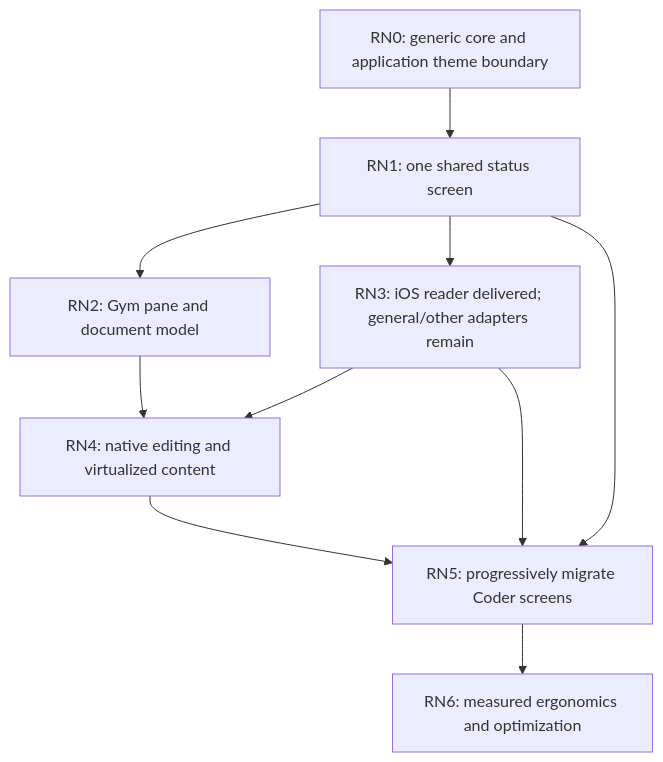
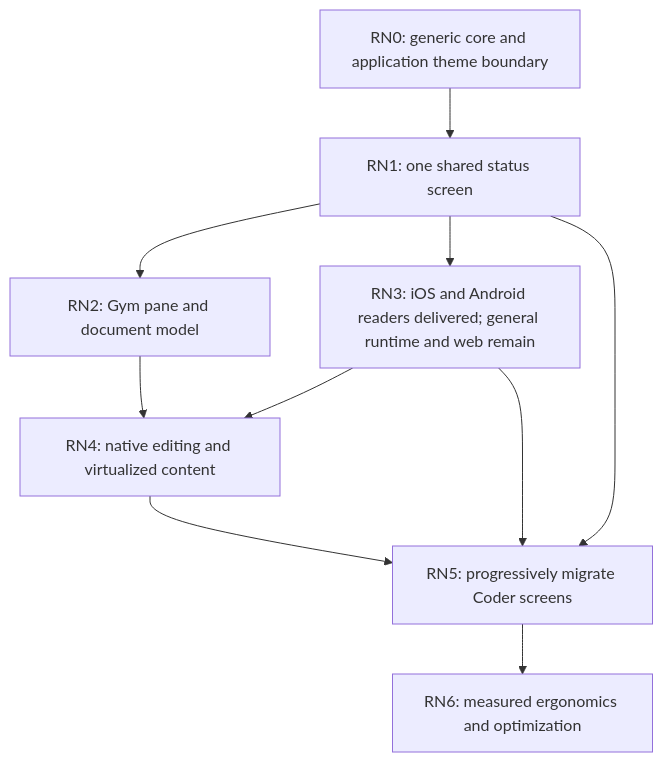
Before and after one commit to OpenAgentsInc/openagents: the diagram in docs/coder/rust-native/build-order.md, drawn with Mermaid. The commit also changed other lines of this file and 73 other files, not shown here.

````diff
--- a/docs/coder/rust-native/build-order.md
+++ b/docs/coder/rust-native/build-order.md
@@ -65,19 +75,19 @@
 ```mermaid
 flowchart TD
     Foundation["RN0: generic core and application theme boundary"]
     First["RN1: one shared status screen"]
     Replay["RN2: Gym pane and document model"]
-    Native["RN3: iOS reader delivered; general/other adapters remain"]
+    Native["RN3: iOS and Android readers delivered; general runtime and web remain"]
     Input["RN4: native editing and virtualized content"]
     Suite["RN5: progressively migrate Coder screens"]
     Optimize["RN6: measured ergonomics and optimization"]
     Foundation --> First
     First --> Replay
     First --> Native
     Replay --> Input
     Native --> Input
     First --> Suite
     Native --> Suite
     Input --> Suite
     Suite --> Optimize
 ```
````
